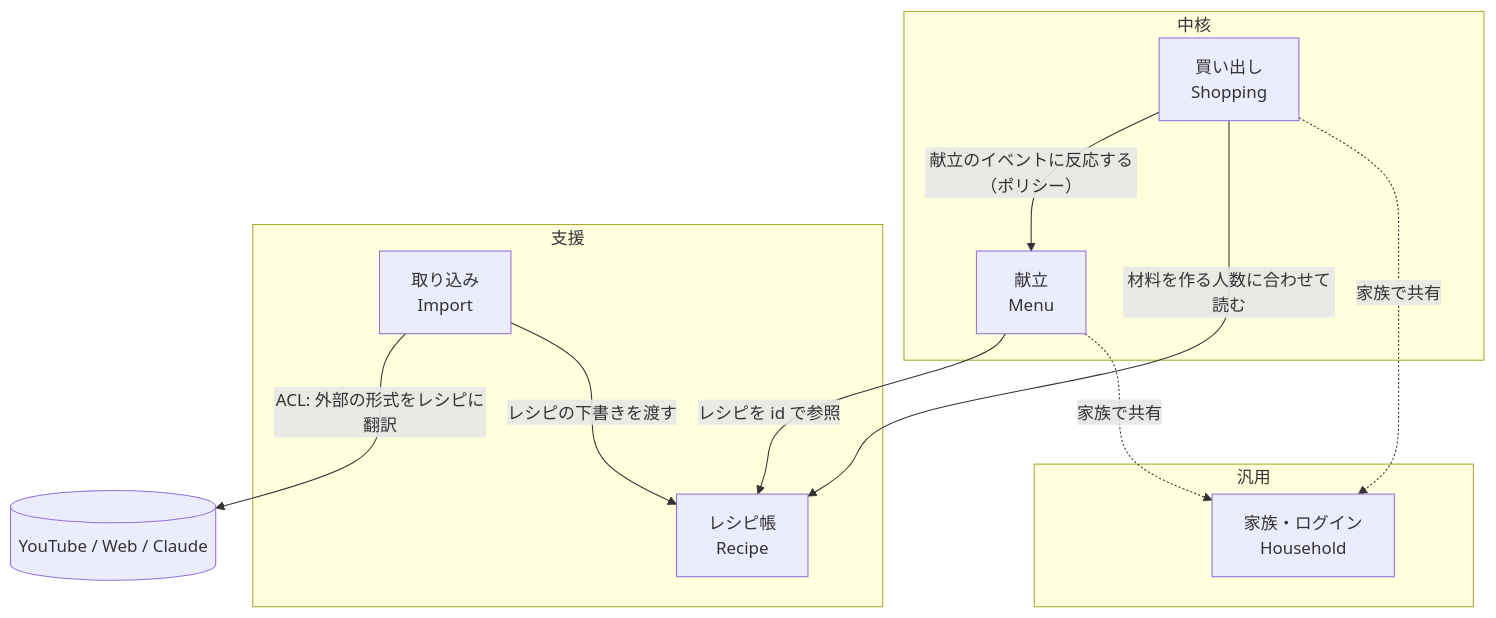
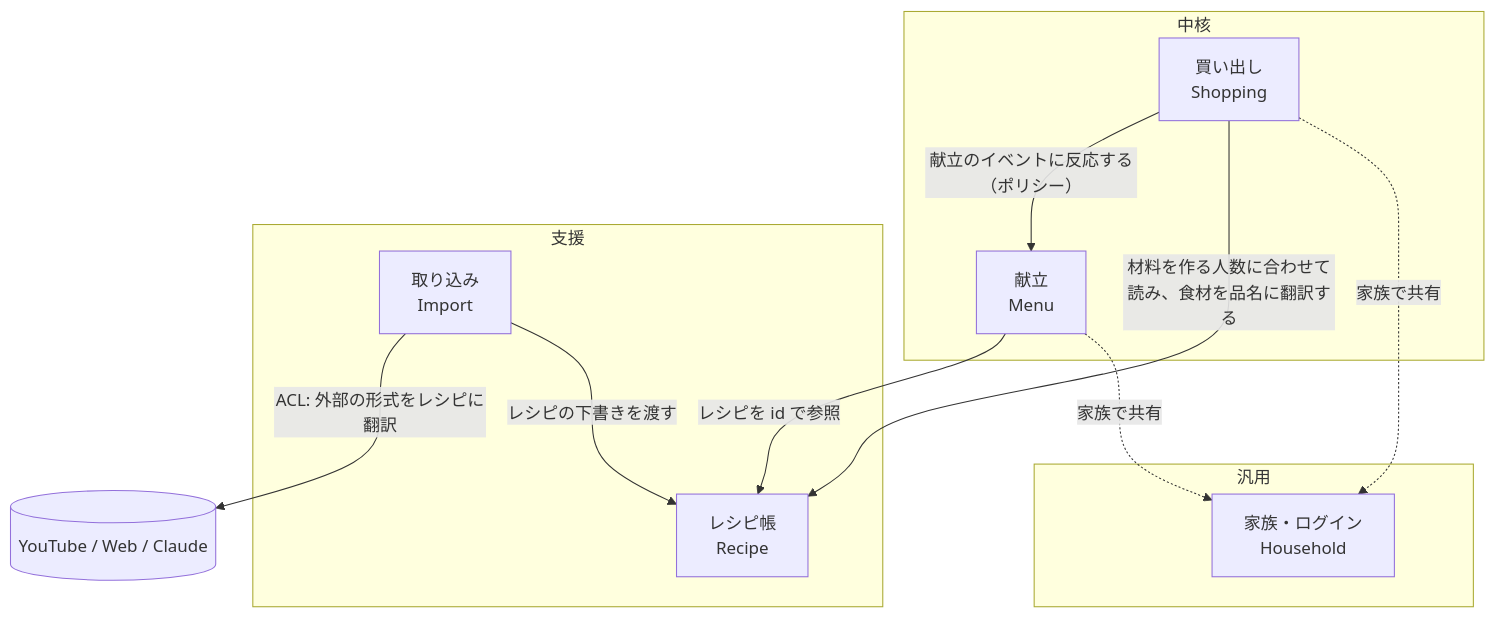
One commit to masaya722/cook-share changed the diagram in docs/domain/context-map.md. Above: the diagram before and after it, drawn with Mermaid. The commit also changed other lines of this file and 18 other files, not shown here.

````diff
--- a/docs/domain/context-map.md
+++ b/docs/domain/context-map.md
@@ -5,23 +5,23 @@
 ```mermaid
 flowchart TB
   subgraph Core[中核]
     Menu[献立<br/>Menu]
     Shopping[買い出し<br/>Shopping]
   end
   subgraph Supporting[支援]
     Recipe[レシピ帳<br/>Recipe]
     Import[取り込み<br/>Import]
   end
   subgraph Generic[汎用]
     Household[家族・ログイン<br/>Household]
   end
   External[(YouTube / Web / Claude)]
 
   Import -- ACL: 外部の形式をレシピに翻訳 --> External
   Import -- レシピの下書きを渡す --> Recipe
   Menu -- レシピを id で参照 --> Recipe
   Shopping -- 献立のイベントに反応する（ポリシー） --> Menu
-  Shopping -- 材料を作る人数に合わせて読む --> Recipe
+  Shopping -- 材料を作る人数に合わせて読み、食材を品名に翻訳する --> Recipe
   Shopping -. 家族で共有 .-> Household
   Menu -. 家族で共有 .-> Household
 ```
````
